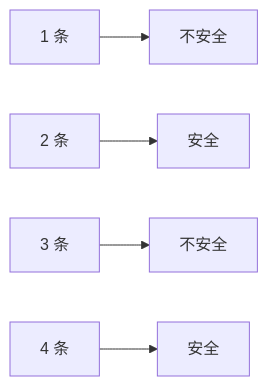
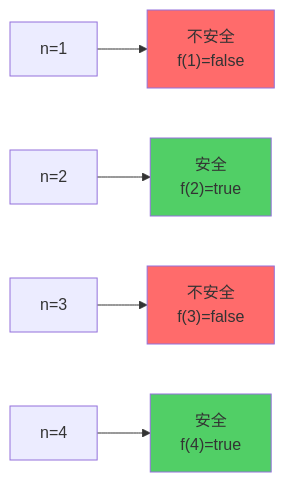
Before and after one commit to freeedoooooo/algs: the third of 3 diagrams in my-notes/01-基础巩固/12-暴力递归到动态规划1-递归尝试/21-课前小练1-鳄鱼吃人问题.md, drawn with Mermaid. The commit also changed other lines of this file, not shown here.

````diff
--- a/my-notes/01-基础巩固/12-暴力递归到动态规划1-递归尝试/21-课前小练1-鳄鱼吃人问题.md
+++ b/my-notes/01-基础巩固/12-暴力递归到动态规划1-递归尝试/21-课前小练1-鳄鱼吃人问题.md
@@ -55,7 +86,11 @@
 ```mermaid
 graph LR
-    A["1 条"] --> B["不安全"]
-    C["2 条"] --> D["安全"]
-    E["3 条"] --> F["不安全"]
-    G["4 条"] --> H["安全"]
+    N1["n=1"] --> R1["不安全<br/>f(1)=false"]
+    N2["n=2"] --> R2["安全<br/>f(2)=true"]
+    N3["n=3"] --> R3["不安全<br/>f(3)=false"]
+    N4["n=4"] --> R4["安全<br/>f(4)=true"]
+    style R1 fill:#ff6b6b
+    style R2 fill:#51cf66
+    style R3 fill:#ff6b6b
+    style R4 fill:#51cf66
 ```
````
